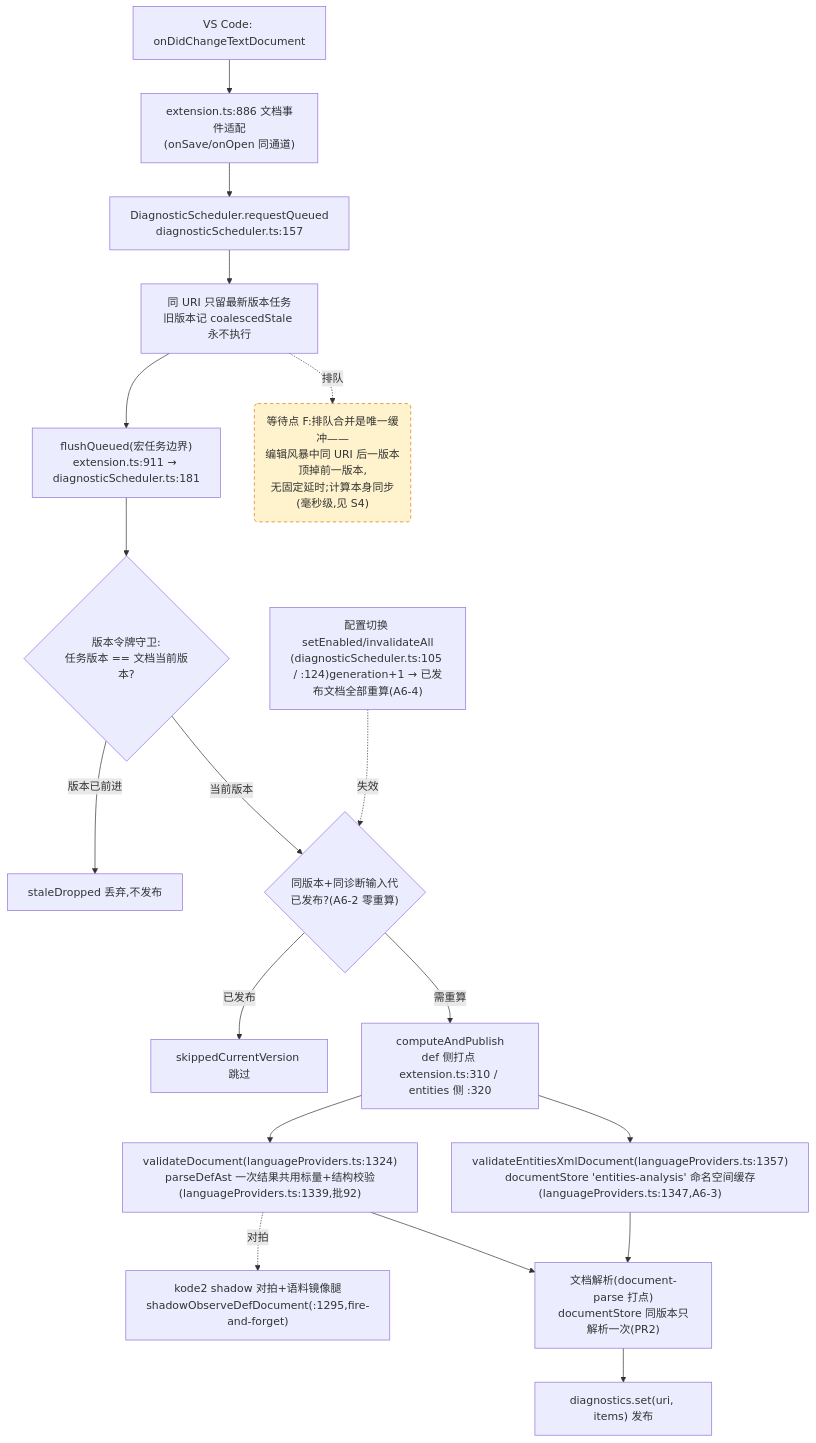
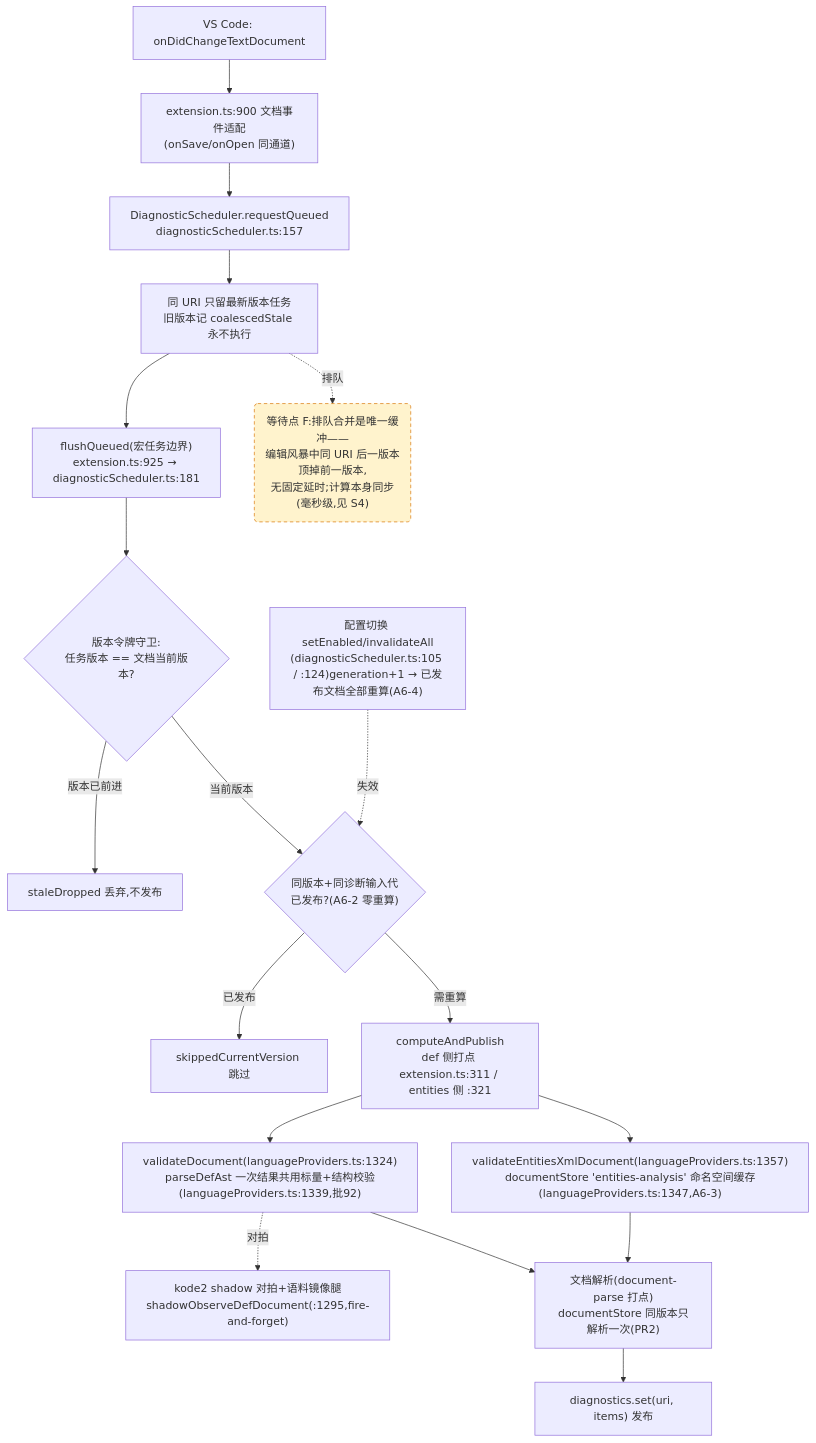
The fourth of 4 diagrams in docs/perf/2026-baseline.md (cuihairu/kode), drawn with Mermaid before and after one commit. The commit also changed other lines of this file and 4 other files, not shown here.

Commit message:
feat: warm schema snapshots in background tasks

````diff
--- a/docs/perf/2026-baseline.md
+++ b/docs/perf/2026-baseline.md
@@ -214,38 +214,38 @@
 ```mermaid
 flowchart TD
   CHG["VS Code: onDidChangeTextDocument"]
-  WATCH["extension.ts:886 文档事件适配<br/>(onSave/onOpen 同通道)"]
+  WATCH["extension.ts:900 文档事件适配<br/>(onSave/onOpen 同通道)"]
   RQ["DiagnosticScheduler.requestQueued<br/>diagnosticScheduler.ts:157"]
   CO["同 URI 只留最新版本任务<br/>旧版本记 coalescedStale 永不执行"]
-  FL["flushQueued(宏任务边界)<br/>extension.ts:911 → diagnosticScheduler.ts:181"]
+  FL["flushQueued(宏任务边界)<br/>extension.ts:925 → diagnosticScheduler.ts:181"]
   VG{"版本令牌守卫:<br/>任务版本 == 文档当前版本?"}
   DROP["staleDropped 丢弃,不发布"]
   GEN{"同版本+同诊断输入代<br/>已发布?(A6-2 零重算)"}
   SKIP["skippedCurrentVersion 跳过"]
-  CALC["computeAndPublish<br/>def 侧打点 extension.ts:310 / entities 侧 :320"]
+  CALC["computeAndPublish<br/>def 侧打点 extension.ts:311 / entities 侧 :321"]
   VD["validateDocument(languageProviders.ts:1324)<br/>parseDefAst 一次结果共用标量+结构校验(languageProviders.ts:1339,批92)"]
   VEX["validateEntitiesXmlDocument(languageProviders.ts:1357)<br/>documentStore 'entities-analysis' 命名空间缓存(languageProviders.ts:1347,A6-3)"]
   SHDD["kode2 shadow 对拍+语料镜像腿<br/>shadowObserveDefDocument(:1295,fire-and-forget)"]
   DS["文档解析(document-parse 打点)<br/>documentStore 同版本只解析一次(PR2)"]
   PUB["diagnostics.set(uri, items) 发布"]
   CFG2["配置切换 setEnabled/invalidateAll<br/>(diagnosticScheduler.ts:105 / :124)generation+1 → 已发布文档全部重算(A6-4)"]
 
   CHG --> WATCH --> RQ --> CO --> FL --> VG
   VG -- "版本已前进" --> DROP
   VG -- "当前版本" --> GEN
   GEN -- "已发布" --> SKIP
   GEN -- "需重算" --> CALC
   CALC --> VD
   CALC --> VEX
   VD --> DS
   VEX --> DS
   DS --> PUB
   VD -.->|对拍| SHDD
   CFG2 -.->|失效| GEN
 
   WAITF("等待点 F:排队合并是唯一缓冲——<br/>编辑风暴中同 URI 后一版本顶掉前一版本,<br/>无固定延时;计算本身同步(毫秒级,见 S4)")
   CO -.->|排队| WAITF
 
   classDef waitPoint fill:#fff3cd,stroke:#d97706,stroke-dasharray:5 4;
   class WAITF waitPoint;
 ```
````
